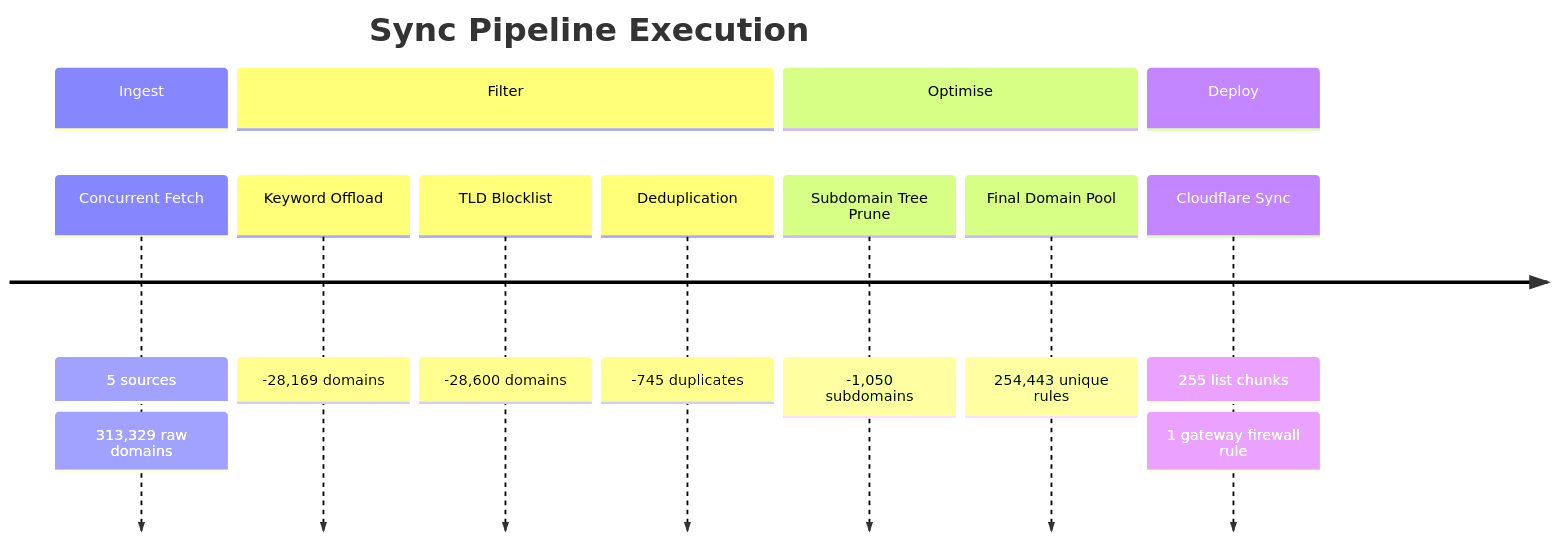
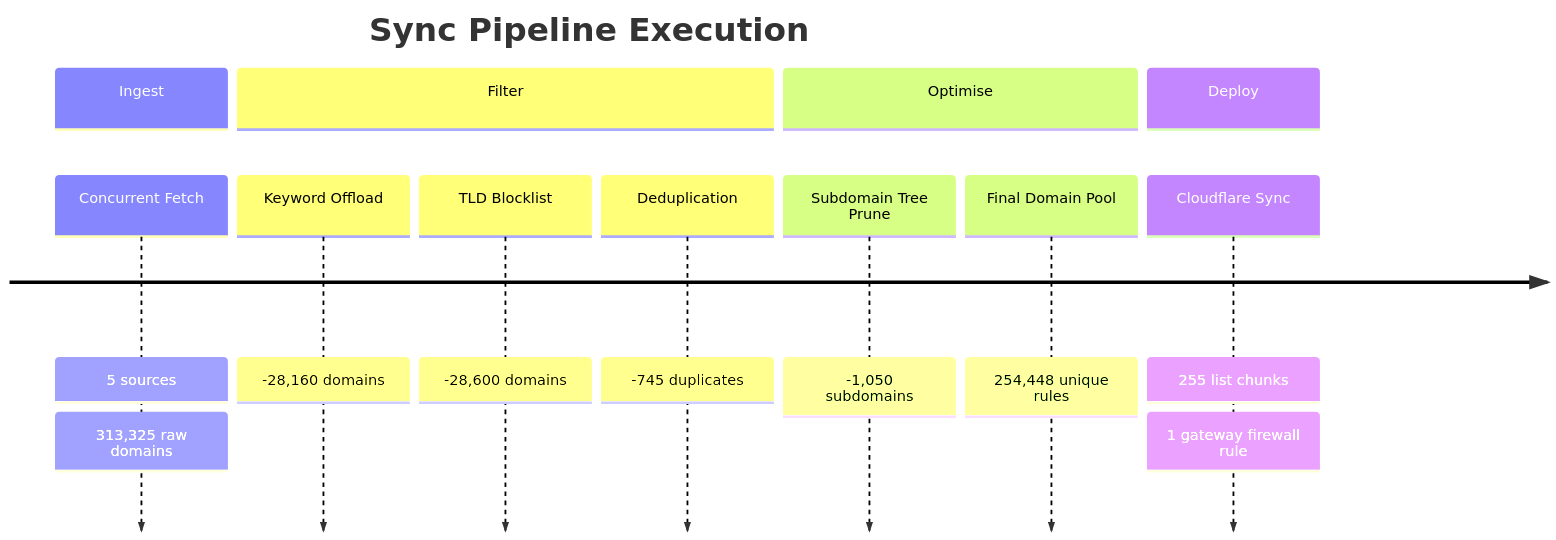
The second of 6 diagrams in README_STATS.md (brojangles24/Cloudflare-ZeroTrust-AdBlock), drawn with Mermaid before and after one commit. The commit also changed other lines of this file and 1 other file, not shown here.

````diff
--- a/README_STATS.md
+++ b/README_STATS.md
@@ -54,17 +54,17 @@
 ```mermaid
 timeline
     title Sync Pipeline Execution
     section Ingest
         Concurrent Fetch   : 5 sources
-                           : 313,329 raw domains
+                           : 313,325 raw domains
     section Filter
-        Keyword Offload    : -28,169 domains
+        Keyword Offload    : -28,160 domains
         TLD Blocklist      : -28,600 domains
         Deduplication      : -745 duplicates
     section Optimise
         Subdomain Tree Prune : -1,050 subdomains
-        Final Domain Pool    : 254,443 unique rules
+        Final Domain Pool    : 254,448 unique rules
     section Deploy
         Cloudflare Sync    : 255 list chunks
                            : 1 gateway firewall rule
 ```
````
